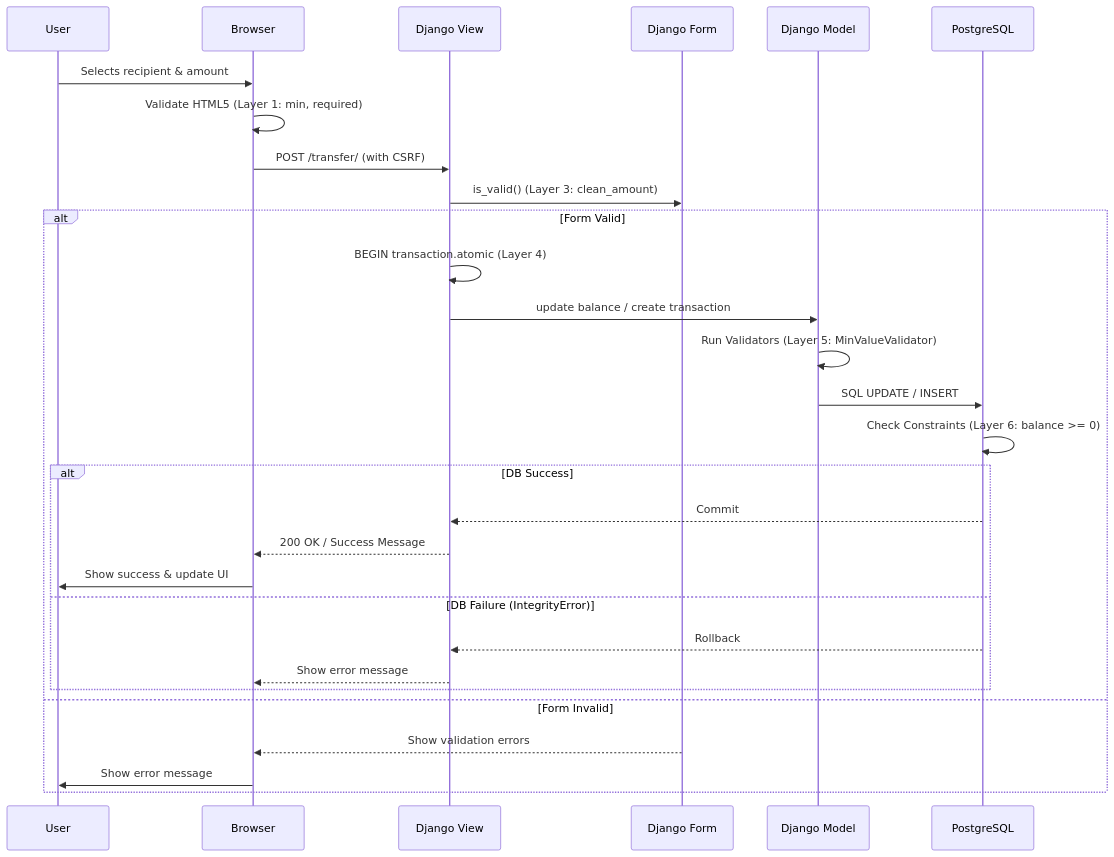
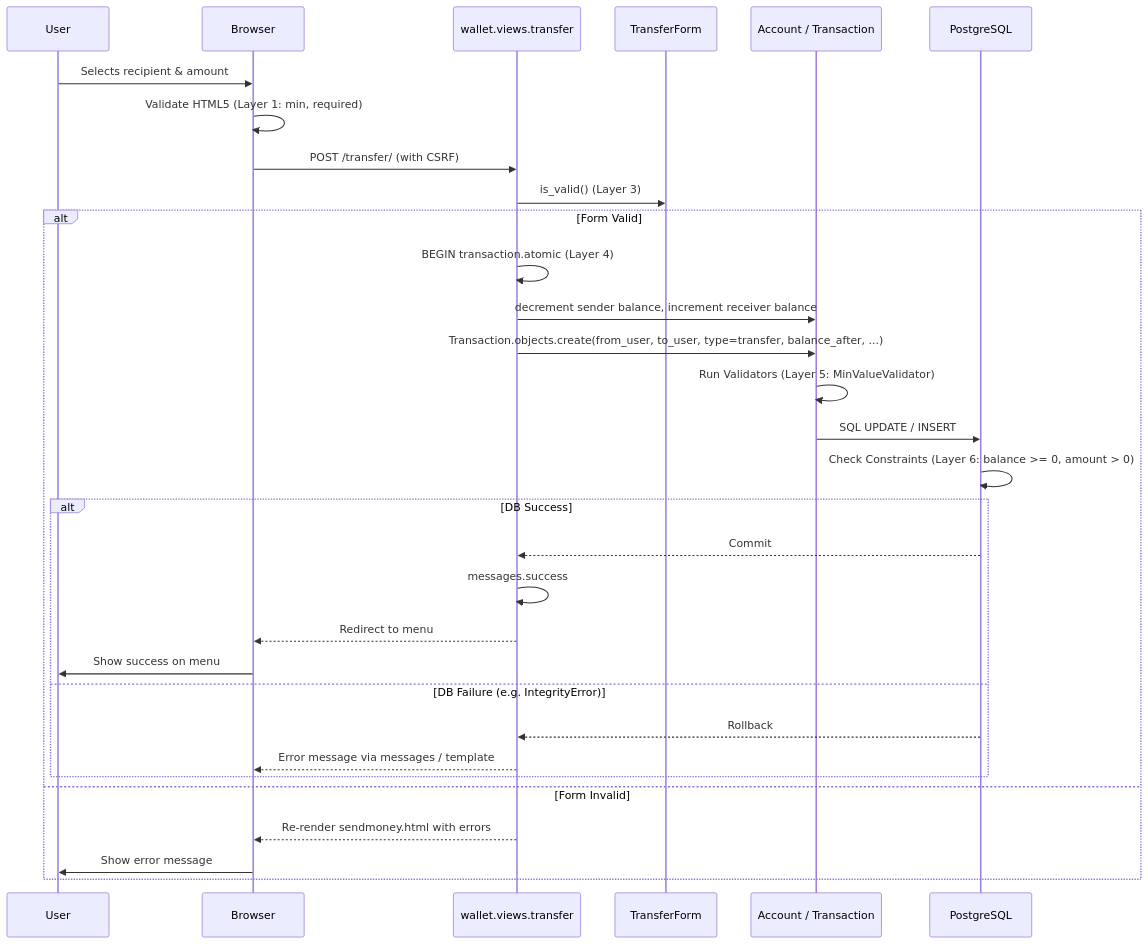
One commit to anibalrojosan/proggy-wallet changed the third of 4 diagrams in docs/FLOWS.md. Above: the diagram before and after it, drawn with Mermaid. The commit also changed other lines of this file and 2 other files, not shown here.

First line of the commit message:
docs: align DATABASE, MODULES, and FLOWS with Phase 3 (#56)

````diff
--- a/docs/FLOWS.md
+++ b/docs/FLOWS.md
@@ -32,32 +66,34 @@
 ```mermaid
 sequenceDiagram
     participant User
     participant Browser
-    participant View as Django View
-    participant Form as Django Form
-    participant Model as Django Model
+    participant View as wallet.views.transfer
+    participant Form as TransferForm
+    participant Model as Account / Transaction
     participant DB as PostgreSQL
 
     User->>Browser: Selects recipient & amount
     Browser->>Browser: Validate HTML5 (Layer 1: min, required)
     Browser->>View: POST /transfer/ (with CSRF)
-    View->>Form: is_valid() (Layer 3: clean_amount)
+    View->>Form: is_valid() (Layer 3)
     alt Form Valid
         View->>View: BEGIN transaction.atomic (Layer 4)
-        View->>Model: update balance / create transaction
+        View->>Model: decrement sender balance, increment receiver balance
+        View->>Model: Transaction.objects.create(from_user, to_user, type=transfer, balance_after, ...)
         Model->>Model: Run Validators (Layer 5: MinValueValidator)
         Model->>DB: SQL UPDATE / INSERT
-        DB->>DB: Check Constraints (Layer 6: balance >= 0)
+        DB->>DB: Check Constraints (Layer 6: balance >= 0, amount > 0)
         alt DB Success
             DB-->>View: Commit
-            View-->>Browser: 200 OK / Success Message
-            Browser->>User: Show success & update UI
-        else DB Failure (IntegrityError)
+            View->>View: messages.success
+            View-->>Browser: Redirect to menu
+            Browser->>User: Show success on menu
+        else DB Failure (e.g. IntegrityError)
             DB-->>View: Rollback
-            View-->>Browser: Show error message
+            View-->>Browser: Error message via messages / template
         end
     else Form Invalid
-        Form-->>Browser: Show validation errors
+        View-->>Browser: Re-render sendmoney.html with errors
         Browser->>User: Show error message
     end
 ```
````
